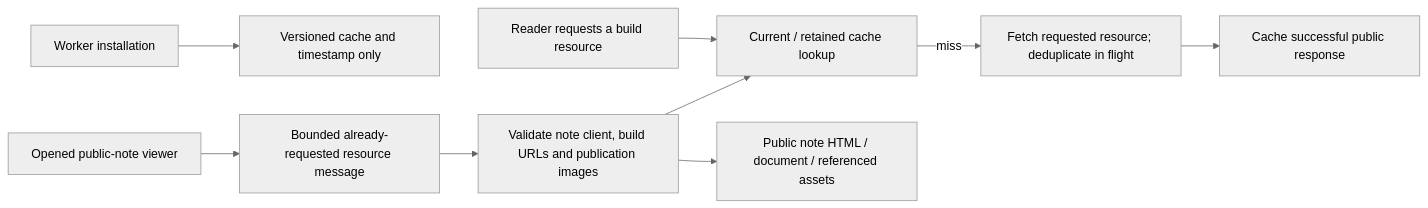
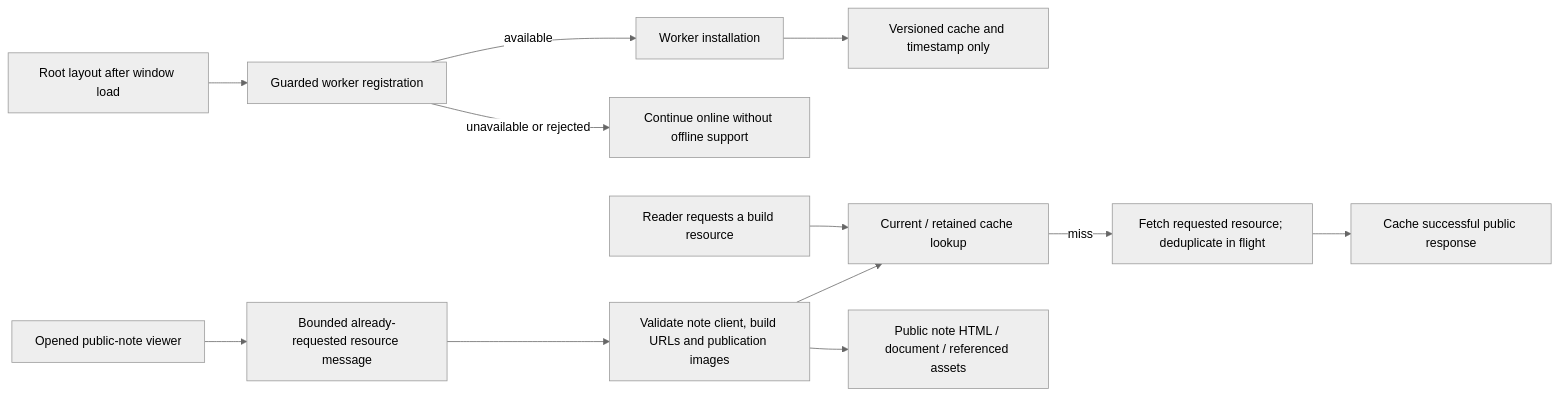
One commit to suvrotica/suvroghosh-in changed diagram 20 of 22 in docs/architecture/ARCHITECTURE.md. Above: the diagram before and after it, drawn with Mermaid (neutral theme). The commit also changed other lines of this file and 4 other files, not shown here.

First line of the commit message:
Handle rejected service-worker registration

````diff
--- a/docs/architecture/ARCHITECTURE.md
+++ b/docs/architecture/ARCHITECTURE.md
@@ -890,11 +891,14 @@
 ```mermaid
 flowchart LR
+    Load["Root layout after window load"] --> Register["Guarded worker registration"]
+    Register -->|available| Install
+    Register -->|unavailable or rejected| Online["Continue online without offline support"]
     Install["Worker installation"] --> Empty["Versioned cache and timestamp only"]
     Reader["Reader requests a build resource"] --> Lookup["Current / retained cache lookup"]
     Lookup -->|miss| Network["Fetch requested resource; deduplicate in flight"]
     Network --> Cache["Cache successful public response"]
     Note["Opened public-note viewer"] --> Rescue["Bounded already-requested resource message"]
     Rescue --> Validate["Validate note client, build URLs and publication images"]
     Validate --> Lookup
     Validate --> Public["Public note HTML / document / referenced assets"]
 ```
````
